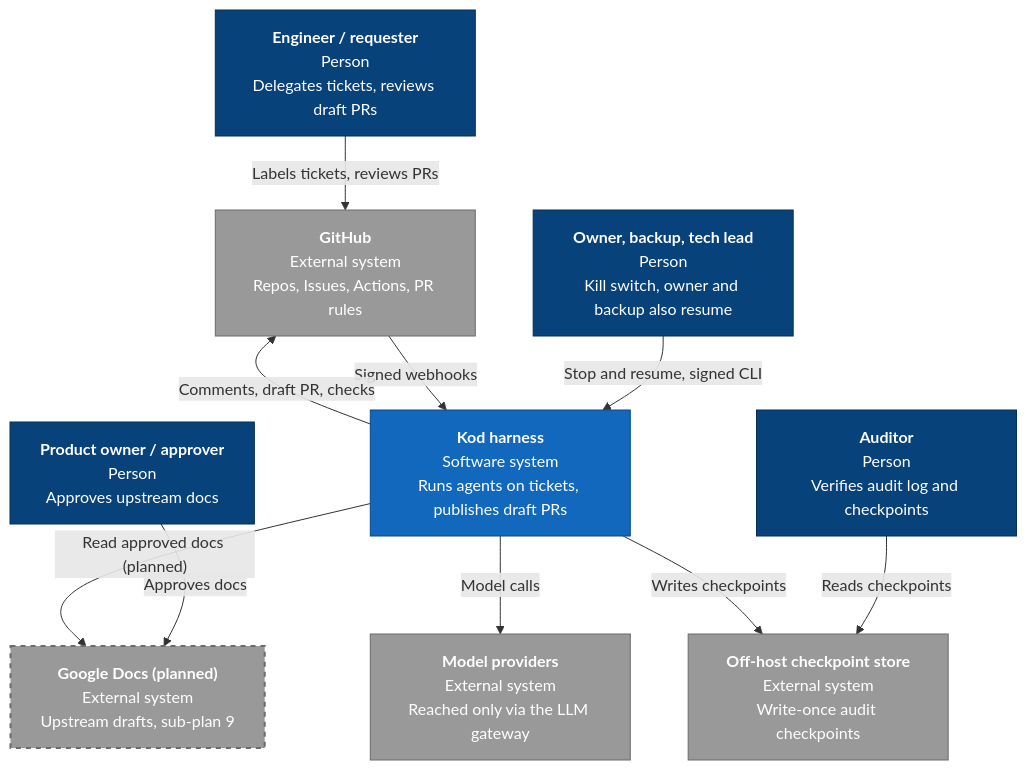
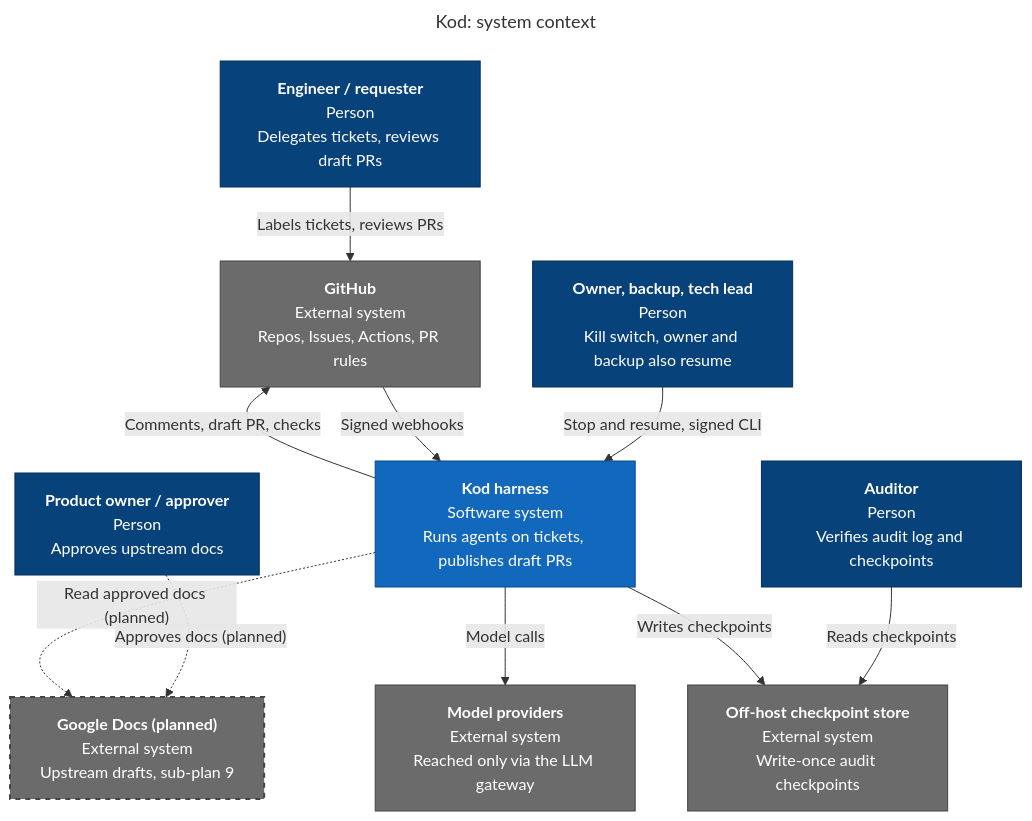
Before and after one commit to kiennt23/kod: the first of 4 diagrams in docs/architecture.md, drawn with Mermaid. The commit also changed other lines of this file and 1 other file, not shown here.

Commit message:
docs: fix C4 diagram review findings (zones, labels, titles, planned edges, contrast)

````diff
--- a/docs/architecture.md
+++ b/docs/architecture.md
@@ -7,31 +7,32 @@
 ```mermaid
+---
+title: "Kod: system context"
+---
 flowchart TB
   eng["<b>Engineer / requester</b><br/>Person<br/>Delegates tickets, reviews draft PRs"]
   po["<b>Product owner / approver</b><br/>Person<br/>Approves upstream docs"]
   kill["<b>Owner, backup, tech lead</b><br/>Person<br/>Kill switch, owner and backup also resume"]
   aud["<b>Auditor</b><br/>Person<br/>Verifies audit log and checkpoints"]
   kod["<b>Kod harness</b><br/>Software system<br/>Runs agents on tickets, publishes draft PRs"]
   gh["<b>GitHub</b><br/>External system<br/>Repos, Issues, Actions, PR rules"]
   llm["<b>Model providers</b><br/>External system<br/>Reached only via the LLM gateway"]
   gdocs["<b>Google Docs (planned)</b><br/>External system<br/>Upstream drafts, sub-plan 9"]
   cp["<b>Off-host checkpoint store</b><br/>External system<br/>Write-once audit checkpoints"]
   eng -->|"Labels tickets, reviews PRs"| gh
-  po -->|"Approves docs"| gdocs
+  po -.->|"Approves docs (planned)"| gdocs
   kill -->|"Stop and resume, signed CLI"| kod
   aud -->|"Reads checkpoints"| cp
   gh -->|"Signed webhooks"| kod
   kod -->|"Comments, draft PR, checks"| gh
   kod -->|"Model calls"| llm
-  kod -->|"Read approved docs (planned)"| gdocs
+  kod -.->|"Read approved docs (planned)"| gdocs
   kod -->|"Writes checkpoints"| cp
   classDef person fill:#08427b,stroke:#052e56,color:#fff
   classDef internal fill:#1168bd,stroke:#0b4884,color:#fff
-  classDef component fill:#85bbf0,stroke:#5d82a8,color:#000
-  classDef db fill:#1168bd,stroke:#0b4884,color:#fff
-  classDef ext fill:#999,stroke:#6b6b6b,color:#fff
+  classDef ext fill:#6b6b6b,stroke:#444,color:#fff
   classDef planned stroke-dasharray:5 5,stroke-width:2px
   class eng,po,kill,aud person
   class kod internal
   class gh,llm,gdocs,cp ext
   class gdocs planned
 ```
````
